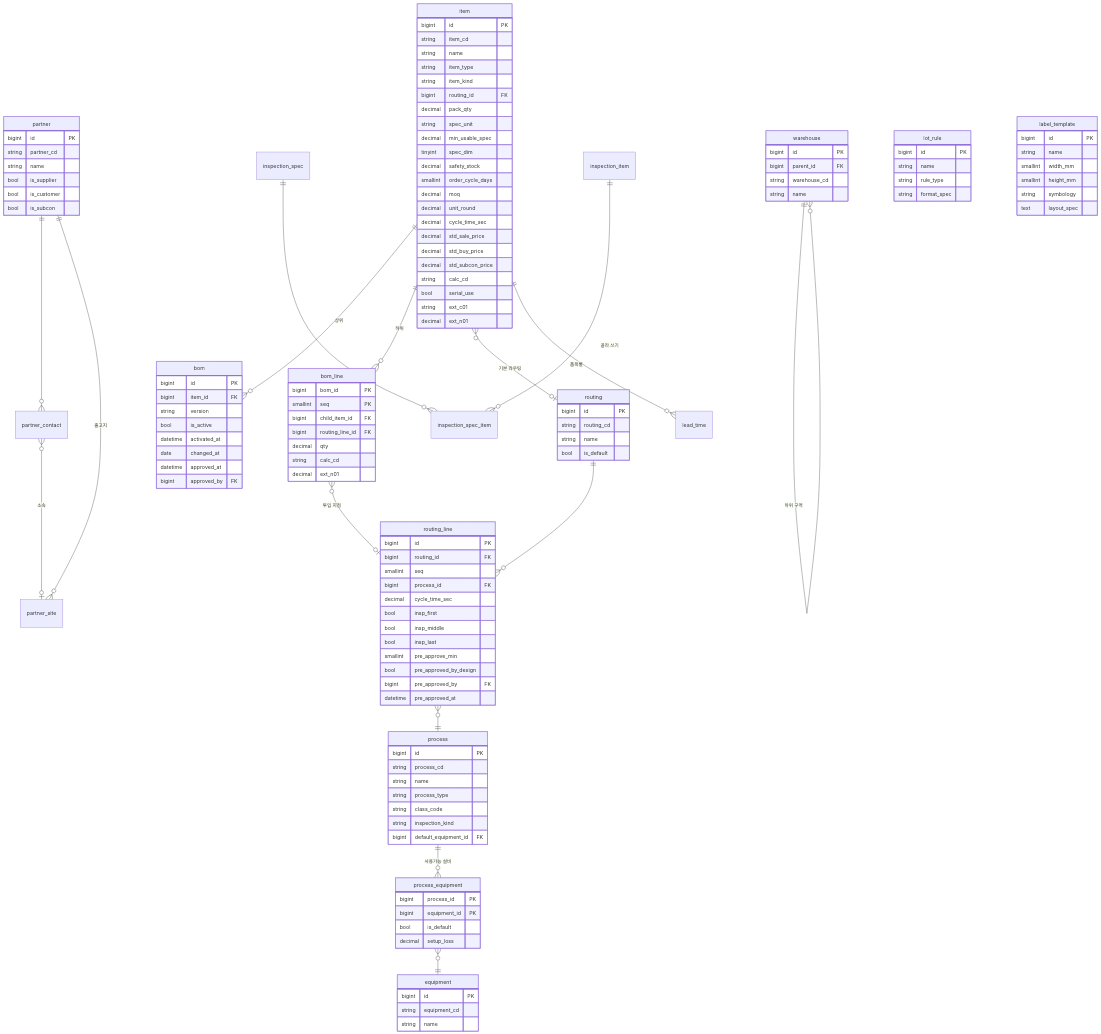
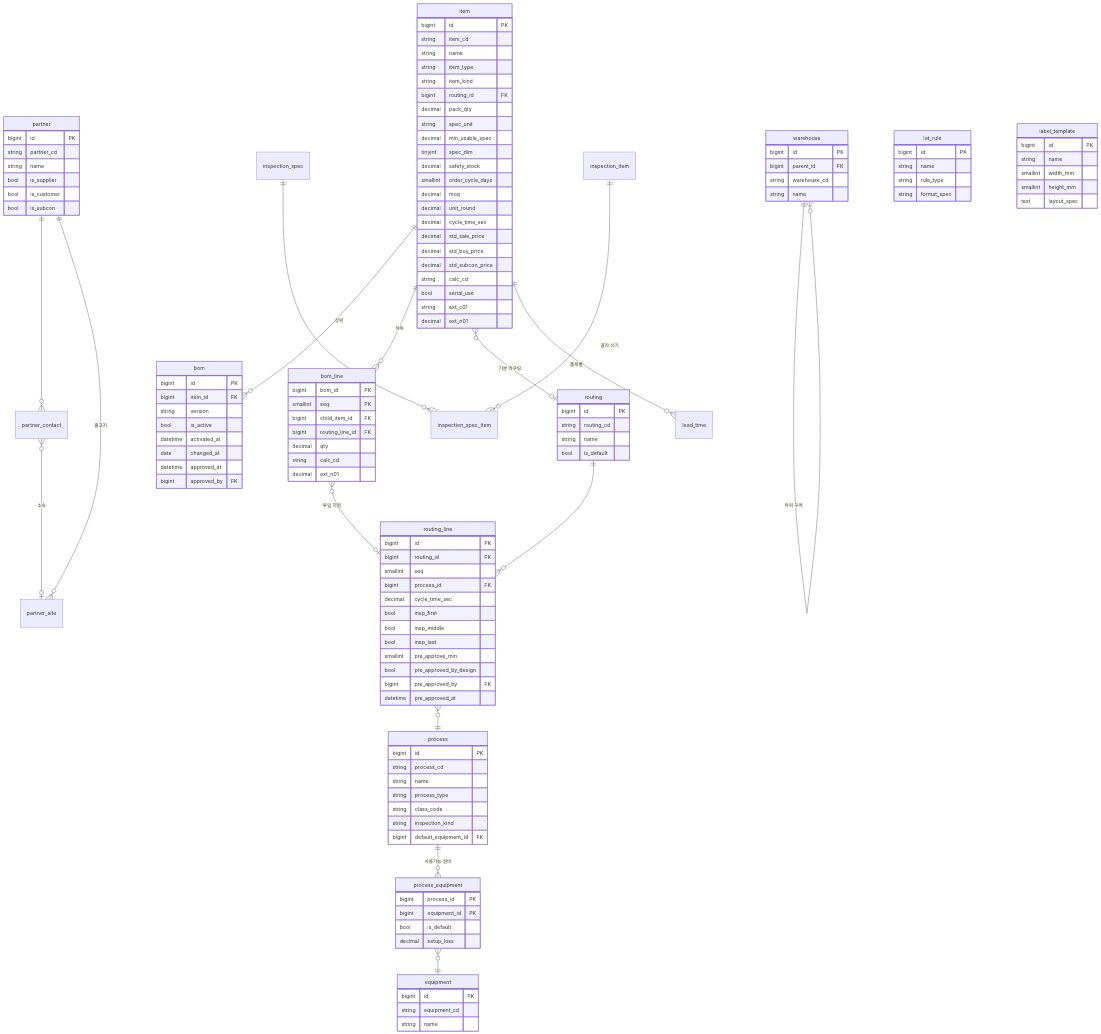
The fourth of 8 diagrams in docs/ERD.md (kuhyeun/Laravel_ckh), drawn with Mermaid before and after one commit. The commit also changed other lines of this file and 60 other files, not shown here.

````diff
--- a/docs/ERD.md
+++ b/docs/ERD.md
@@ -387,7 +379,6 @@
     string name
     smallint width_mm
     smallint height_mm
-    string symbology
     text layout_spec
   }
 ```
````
